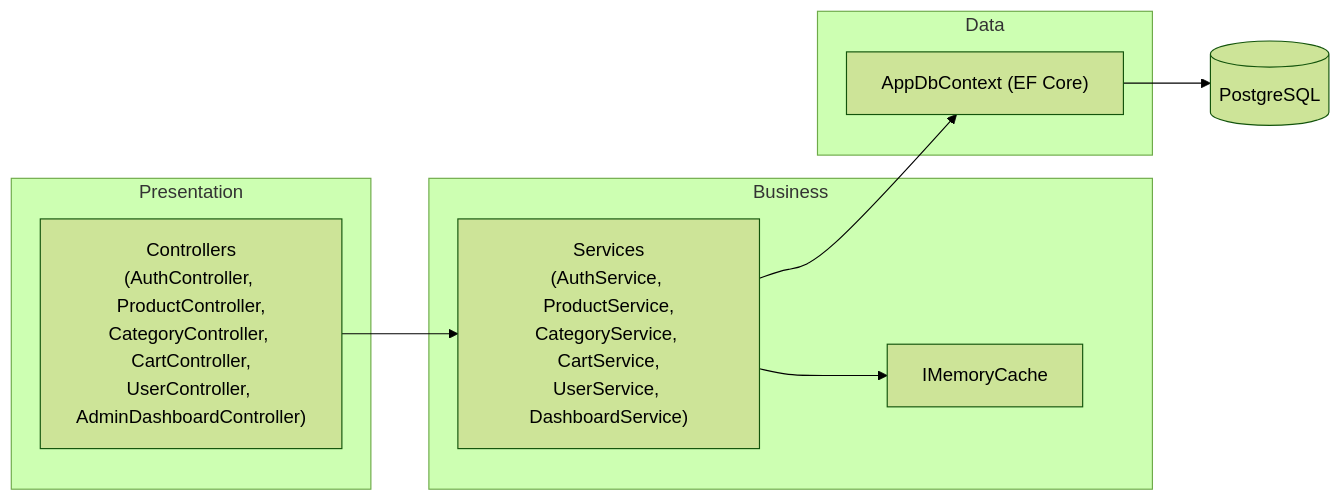
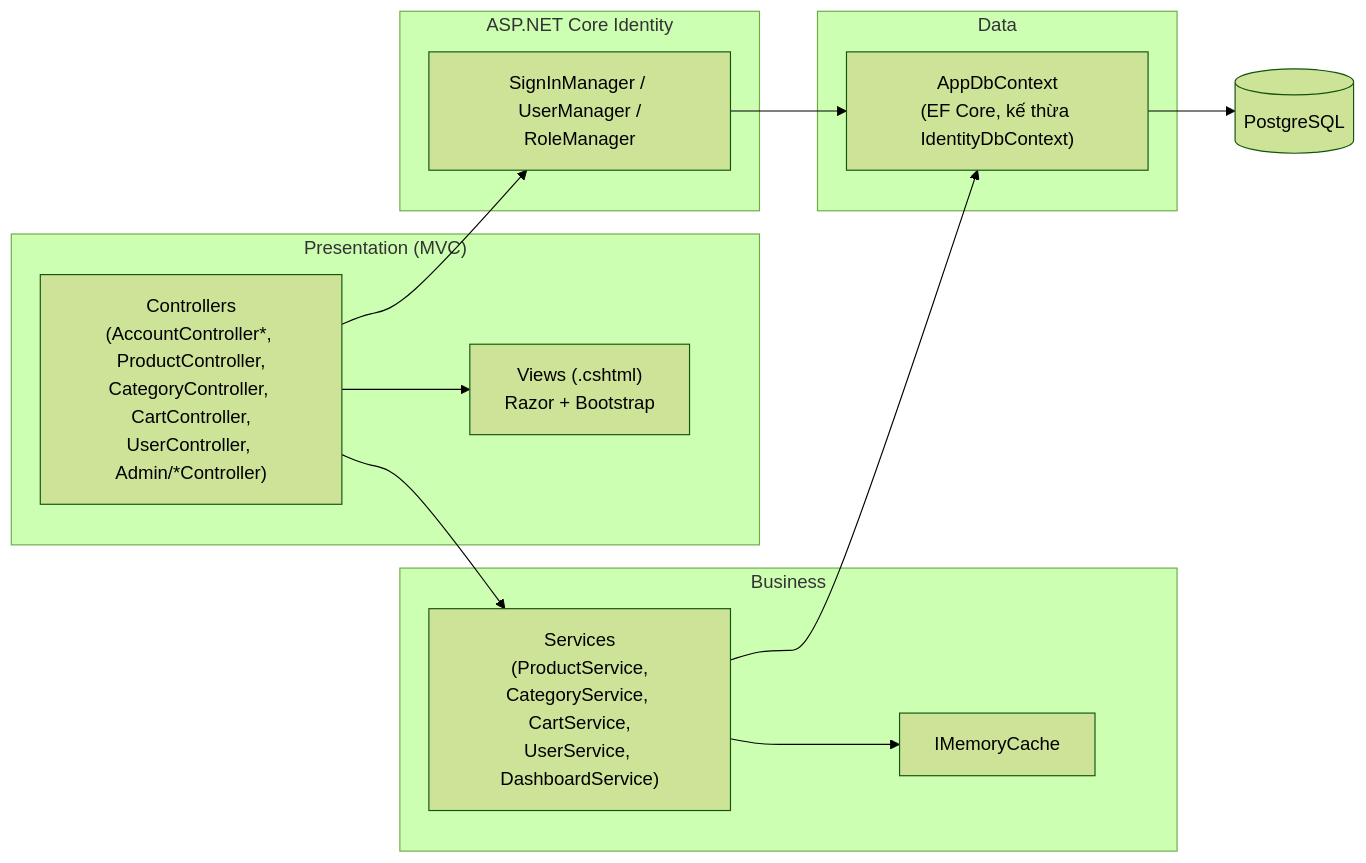
One commit to dangdinhphuong/IT38.BTL.005---N8---08---LT-Web-N-ng-Cao changed the fifth of 6 diagrams in docs/SRS.md. Above: the diagram before and after it, drawn with Mermaid (forest theme). The commit also changed other lines of this file and 100 other files, not shown here.

````diff
--- a/docs/SRS.md
+++ b/docs/SRS.md
@@ -1166,19 +1203,26 @@
 ```mermaid
 flowchart LR
-    subgraph Presentation
-        Ctrl["Controllers<br/>(AuthController, ProductController,<br/>CategoryController, CartController,<br/>UserController, AdminDashboardController)"]
+    subgraph Presentation["Presentation (MVC)"]
+        View["Views (.cshtml)<br/>Razor + Bootstrap"]
+        Ctrl["Controllers<br/>(AccountController*, ProductController,<br/>CategoryController, CartController,<br/>UserController, Admin/*Controller)"]
+    end
+    subgraph Identity["ASP.NET Core Identity"]
+        SIM["SignInManager / UserManager /<br/>RoleManager"]
     end
     subgraph Business
-        Svc["Services<br/>(AuthService, ProductService,<br/>CategoryService, CartService,<br/>UserService, DashboardService)"]
+        Svc["Services<br/>(ProductService,<br/>CategoryService, CartService,<br/>UserService, DashboardService)"]
         Cache["IMemoryCache"]
     end
     subgraph Data
-        DbCtx["AppDbContext (EF Core)"]
+        DbCtx["AppDbContext<br/>(EF Core, kế thừa IdentityDbContext)"]
     end
     DB[("PostgreSQL")]
 
+    Ctrl --> View
+    Ctrl --> SIM
     Ctrl --> Svc
+    SIM --> DbCtx
     Svc --> Cache
     Svc --> DbCtx
     DbCtx --> DB
 ```
````
